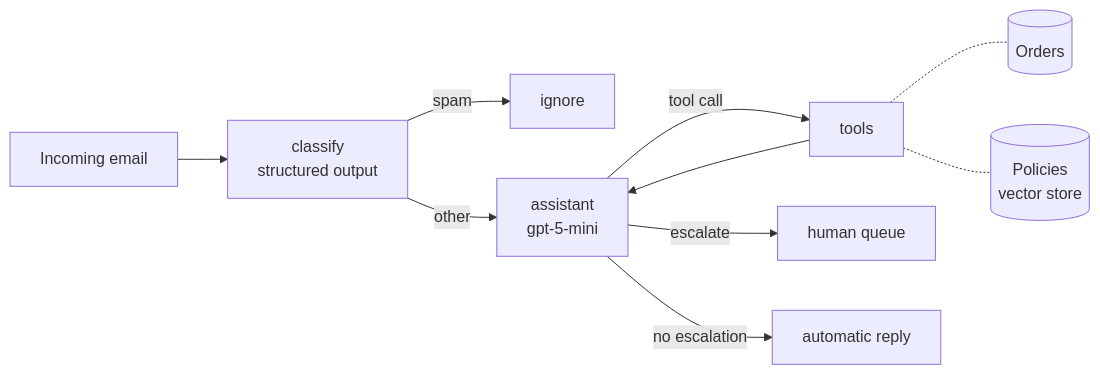
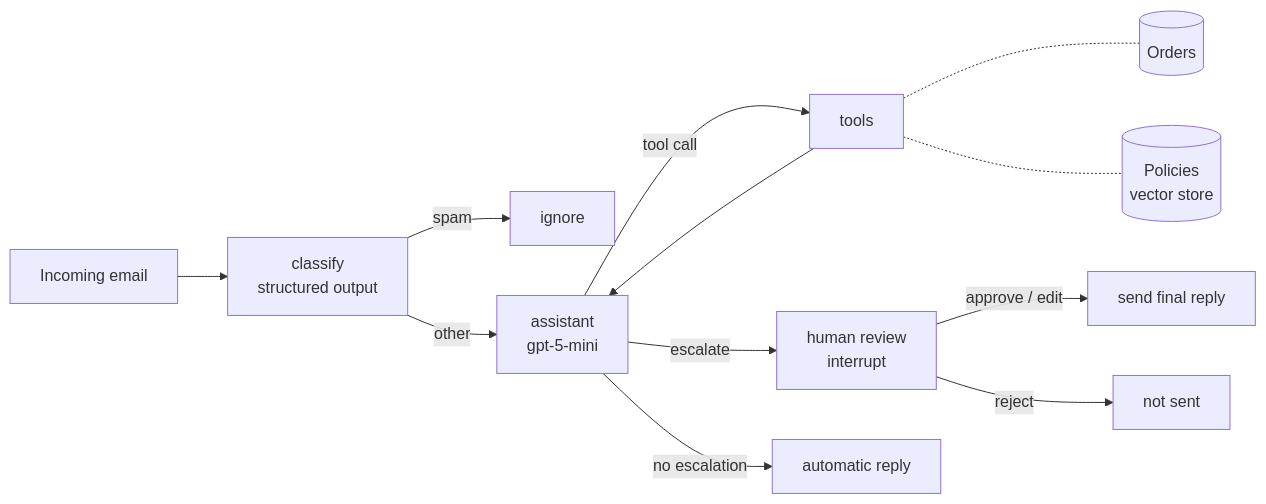
Before and after one commit to joaosasantos9-cyber/ai-costumer-support-agent-langgraph: the diagram in README.md, drawn with Mermaid. The commit also changed other lines of this file and 4 other files, not shown here.

````diff
--- a/README.md
+++ b/README.md
@@ -15,12 +16,14 @@
 ```mermaid
 flowchart LR
     A[Incoming email] --> C[classify<br/>structured output]
     C -- spam --> I[ignore]
     C -- other --> B[assistant<br/>gpt-5-mini]
     B -- tool call --> T[tools]
     T --> B
     T -.- T1[(Orders)]
     T -.- T2[(Policies<br/>vector store)]
-    B -- escalate --> H[human queue]
+    B -- escalate --> H[human review<br/>interrupt]
+    H -- approve / edit --> S[send final reply]
+    H -- reject --> X[not sent]
     B -- no escalation --> R[automatic reply]
 ```
````
